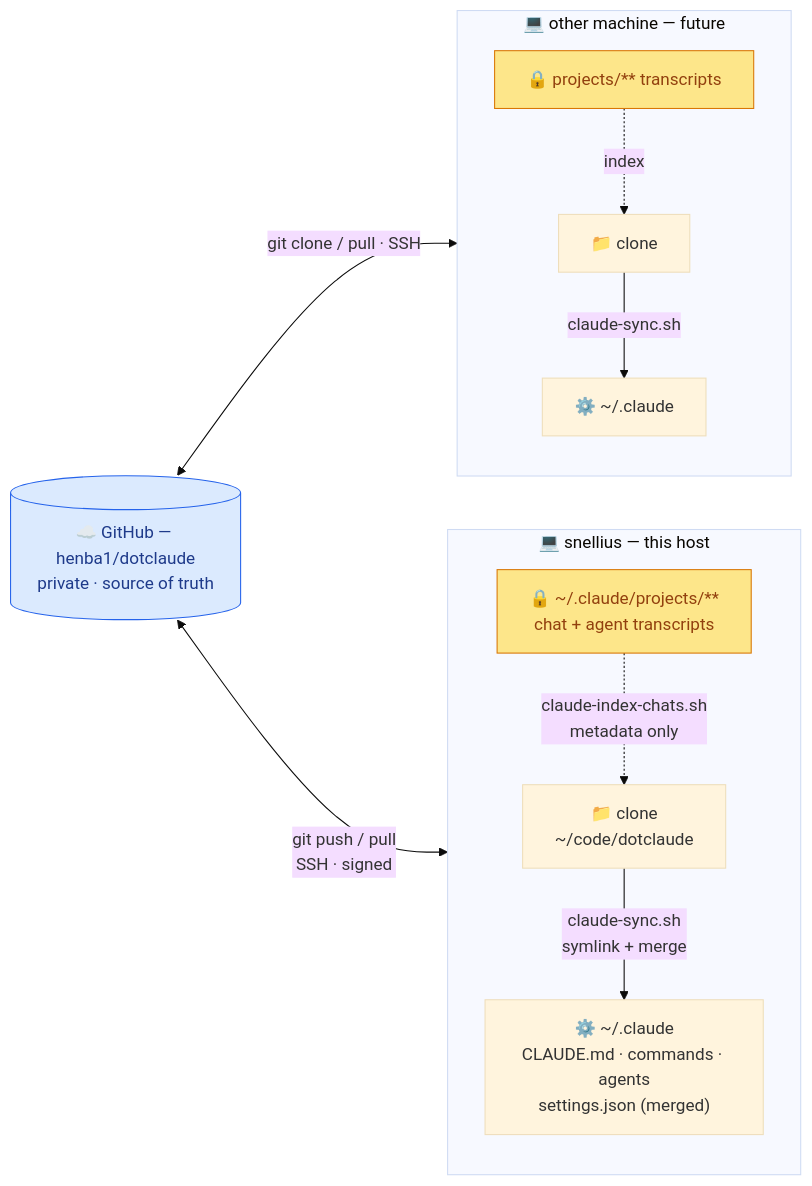
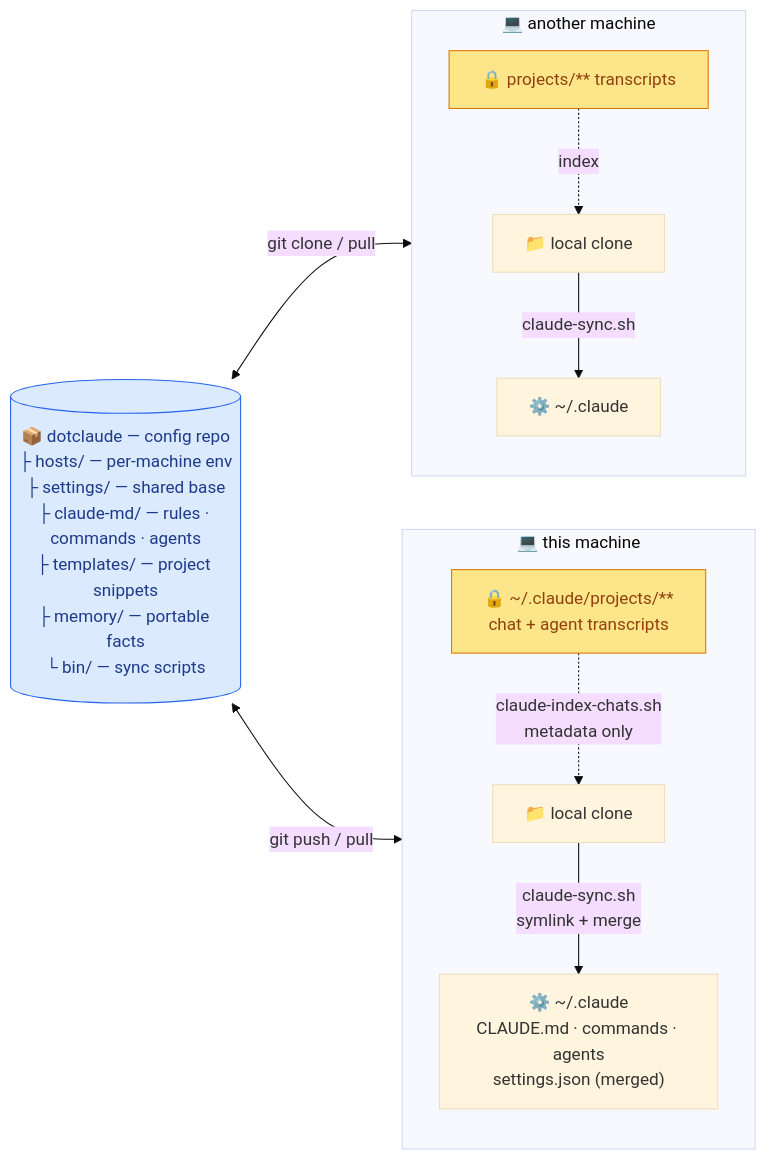
One commit to henba1/scrubjay changed the diagram in README.md. Above: the diagram before and after it, drawn with Mermaid (base theme). The commit also changed other lines of this file, not shown here.

Commit message:
Diagram: drop host/repo names + signing info, add storage filetree

````diff
--- a/README.md
+++ b/README.md
@@ -3,30 +3,30 @@
 ```mermaid
 flowchart LR
-    GH[("☁️ GitHub — henba1/dotclaude<br/>private · source of truth")]
+    GH[("📦 dotclaude — config repo<br/>├ hosts/ — per-machine env<br/>├ settings/ — shared base<br/>├ claude-md/ — rules · commands · agents<br/>├ templates/ — project snippets<br/>├ memory/ — portable facts<br/>└ bin/ — sync scripts")]
 
-    subgraph SNELLIUS["💻 snellius — this host"]
+    subgraph A["💻 this machine"]
         direction TB
-        C1["📁 clone<br/>~/code/dotclaude"]
+        C1["📁 local clone"]
         CFG1["⚙️ ~/.claude<br/>CLAUDE.md · commands · agents<br/>settings.json (merged)"]
         TX1["🔒 ~/.claude/projects/**<br/>chat + agent transcripts"]
     end
 
-    subgraph OTHER["💻 other machine — future"]
+    subgraph B["💻 another machine"]
         direction TB
-        C2["📁 clone"]
+        C2["📁 local clone"]
         CFG2["⚙️ ~/.claude"]
         TX2["🔒 projects/** transcripts"]
     end
 
-    GH <-->|"git push / pull<br/>SSH · signed"| C1
-    GH <-->|"git clone / pull · SSH"| C2
+    GH <-->|"git push / pull"| C1
+    GH <-->|"git clone / pull"| C2
     C1 -->|"claude-sync.sh<br/>symlink + merge"| CFG1
     C2 -->|"claude-sync.sh"| CFG2
     TX1 -.->|"claude-index-chats.sh<br/>metadata only"| C1
     TX2 -.->|"index"| C2
 
     classDef remote fill:#dbeafe,stroke:#2563eb,color:#1e3a8a;
     classDef priv fill:#fde68a,stroke:#d97706,color:#92400e;
     class GH remote
     class TX1,TX2 priv
 ```
````
